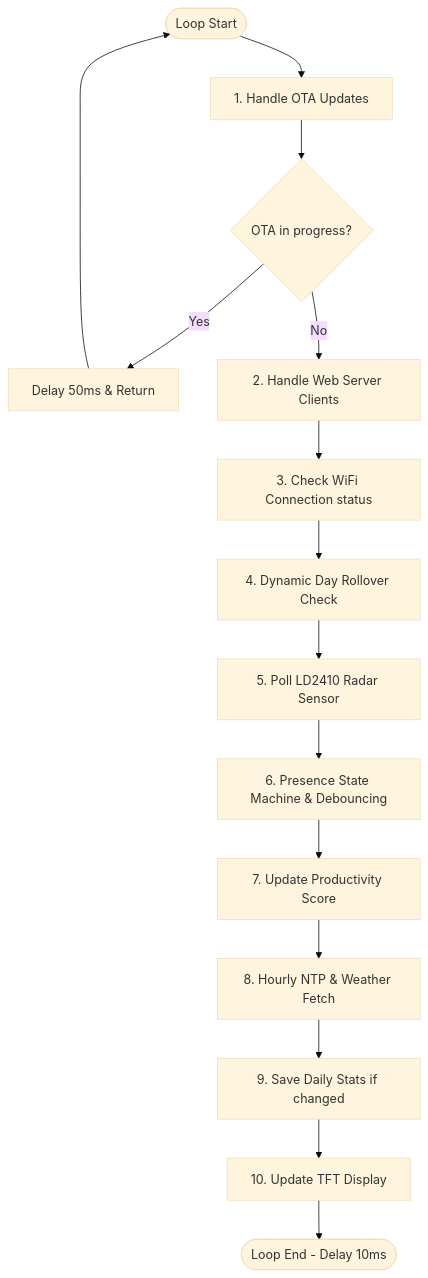
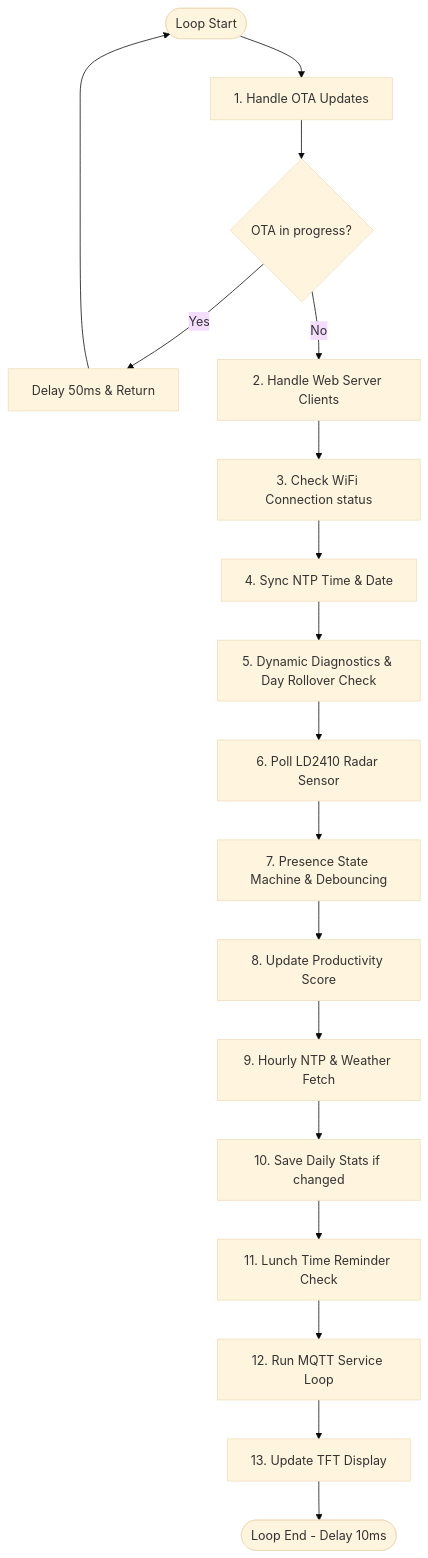
Before and after one commit to danmermels/DeskBuddy: the first of 4 diagrams in desk_buddy_flowchart_notes.md, drawn with Mermaid (base theme). The commit also changed other lines of this file and 17 other files, not shown here.

Commit message:
feat: implement modular architecture with radar, MQTT, and display services and add rolling median filtering

````diff
--- a/desk_buddy_flowchart_notes.md
+++ b/desk_buddy_flowchart_notes.md
@@ -13,16 +13,19 @@
 ```mermaid
 graph TD
     Start([Loop Start]) --> PollOTA[1. Handle OTA Updates]
     PollOTA --> CheckOTA{OTA in progress?}
     CheckOTA -- Yes --> DelayOTA[Delay 50ms & Return] --> Start
     CheckOTA -- No --> PollWeb[2. Handle Web Server Clients]
     PollWeb --> CheckWiFi[3. Check WiFi Connection status]
-    CheckWiFi --> ResetCheck[4. Dynamic Day Rollover Check]
-    ResetCheck --> PollRadar[5. Poll LD2410 Radar Sensor]
-    PollRadar --> StateMachine[6. Presence State Machine & Debouncing]
-    StateMachine --> Metrics[7. Update Productivity Score]
-    Metrics --> Weather[8. Hourly NTP & Weather Fetch]
-    Weather --> SaveStats[9. Save Daily Stats if changed]
-    SaveStats --> UpdateTFT[10. Update TFT Display]
+    CheckWiFi --> UpdateNTP[4. Sync NTP Time & Date]
+    UpdateNTP --> ResetCheck[5. Dynamic Diagnostics & Day Rollover Check]
+    ResetCheck --> PollRadar[6. Poll LD2410 Radar Sensor]
+    PollRadar --> StateMachine[7. Presence State Machine & Debouncing]
+    StateMachine --> Metrics[8. Update Productivity Score]
+    Metrics --> Weather[9. Hourly NTP & Weather Fetch]
+    Weather --> SaveStats[10. Save Daily Stats if changed]
+    SaveStats --> LunchReminder[11. Lunch Time Reminder Check]
+    LunchReminder --> PollMqtt[12. Run MQTT Service Loop]
+    PollMqtt --> UpdateTFT[13. Update TFT Display]
     UpdateTFT --> End([Loop End - Delay 10ms])
 ```
````
